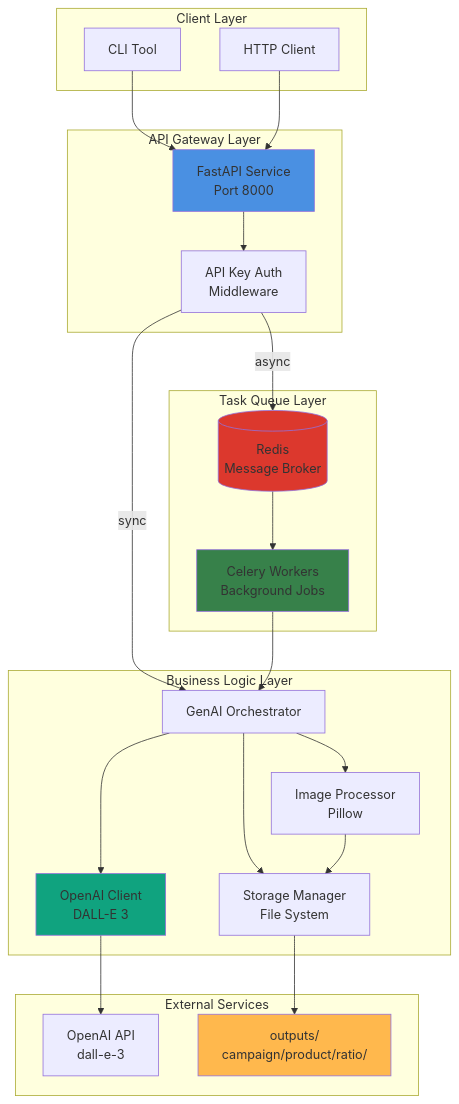
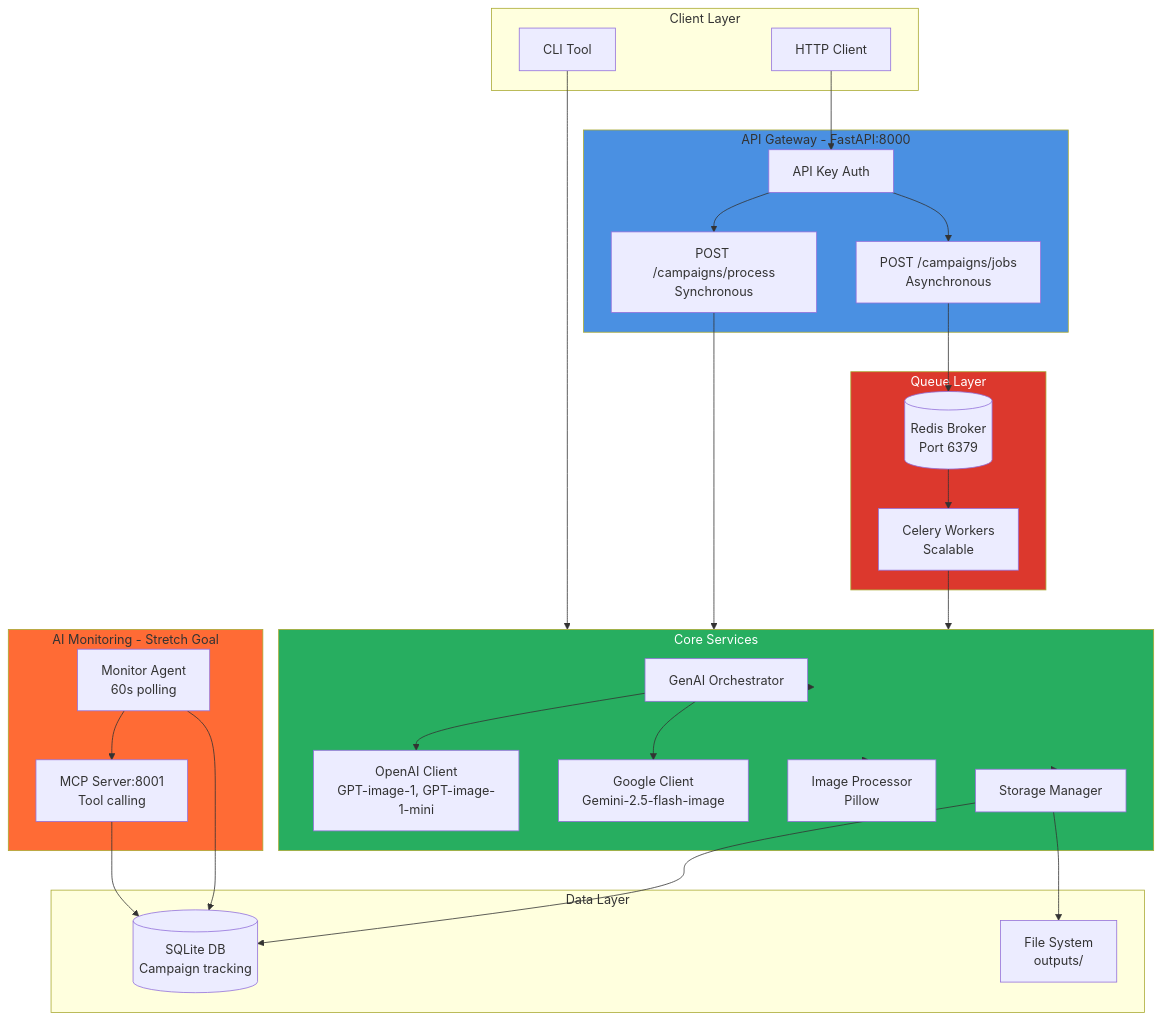
The first of 5 diagrams in README.md (sharan1303/creative-ai), drawn with Mermaid before and after one commit. The commit also changed other lines of this file and 7 other files, not shown here.

First line of the commit message:
chore(docs): Update README and add new documentation files for API reference and architecture

````diff
--- a/README.md
+++ b/README.md
@@ -155,51 +270,62 @@
 ```mermaid
 flowchart TB
     subgraph Client["Client Layer"]
         CLI[CLI Tool]
         HTTP[HTTP Client]
     end
     
-    subgraph API["API Gateway Layer"]
-        FastAPI[FastAPI Service<br/>Port 8000]
-        Auth[API Key Auth<br/>Middleware]
+    subgraph API["API Gateway - FastAPI:8000"]
+        Auth[API Key Auth]
+        Sync[POST /campaigns/process<br/>Synchronous]
+        Async[POST /campaigns/jobs<br/>Asynchronous]
     end
     
-    subgraph Queue["Task Queue Layer"]
-        Redis[(Redis<br/>Message Broker)]
-        Celery[Celery Workers<br/>Background Jobs]
+    subgraph Queue["Queue Layer"]
+        Redis[(Redis Broker<br/>Port 6379)]
+        Workers[Celery Workers<br/>Scalable]
     end
     
-    subgraph Services["Business Logic Layer"]
-        Orchestrator[GenAI Orchestrator]
-        OpenAI[OpenAI Client<br/>DALL-E 3]
-        Processor[Image Processor<br/>Pillow]
-        Storage[Storage Manager<br/>File System]
+    subgraph Monitor["AI Monitoring - Stretch Goal"]
+        Agent[Monitor Agent<br/>60s polling]
+        MCP[MCP Server:8001<br/>Tool calling]
     end
     
-    subgraph External["External Services"]
-        OpenAIAPI[OpenAI API<br/>dall-e-3]
-        FileSystem[outputs/<br/>campaign/product/ratio/]
+    subgraph Pipeline["Core Services"]
+        GenAI[GenAI Orchestrator]
+        OpenAI[OpenAI Client<br/>GPT-image-1, GPT-image-1-mini]
+        Google[Google Client<br/>Gemini-2.5-flash-image]
+        Processor[Image Processor<br/>Pillow]
+        Storage[Storage Manager]
     end
     
-    CLI --> FastAPI
-    HTTP --> FastAPI
-    FastAPI --> Auth
-    Auth --> |sync| Orchestrator
-    Auth --> |async| Redis
-    Redis --> Celery
-    Celery --> Orchestrator
+    subgraph Data["Data Layer"]
+        DB[(SQLite DB<br/>Campaign tracking)]
+        FS[File System<br/>outputs/]
+    end
     
-    Orchestrator --> OpenAI
-    Orchestrator --> Processor
-    Orchestrator --> Storage
+    CLI --> Pipeline
+    HTTP --> Auth
+    Auth --> Sync
+    Auth --> Async
+    Sync --> Pipeline
+    Async --> Redis
+    Redis --> Workers
+    Workers --> Pipeline
     
-    OpenAI --> OpenAIAPI
-    Processor --> Storage
-    Storage --> FileSystem
+    Agent --> MCP
+    MCP --> DB
+    Agent --> DB
     
-    style FastAPI fill:#4A90E2
-    style Redis fill:#DC382D
-    style Celery fill:#37814A
-    style OpenAI fill:#10A37F
-    style FileSystem fill:#FFB84D
+    Pipeline --> GenAI
+    GenAI --> OpenAI
+    GenAI --> Google
+    Pipeline --> Processor
+    Pipeline --> Storage
+    Storage --> DB
+    Storage --> FS
+    
+    style API fill:#4A90E2
+    style Queue fill:#DC382D,color:#fff
+    style Monitor fill:#FF6B35
+    style Pipeline fill:#27AE60,color:#fff
 ```
````
